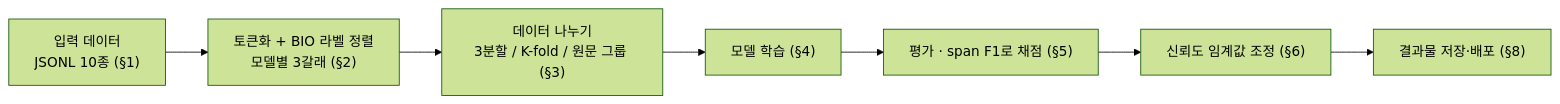
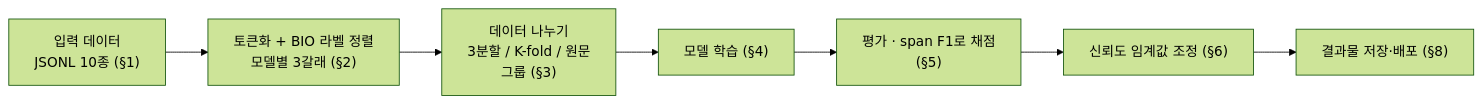
One commit to groovallstar/ner-pipeline-public changed the first of 2 diagrams in docs/manual/pipeline/4-classification.md. Above: the diagram before and after it, drawn with Mermaid (forest theme). The commit also changed other lines of this file and 7 other files, not shown here.

First line of the commit message:
docs: mermaid CJK 세로 잘림 해소 — 긴 라벨 줄바꿈

````diff
--- a/docs/manual/pipeline/4-classification.md
+++ b/docs/manual/pipeline/4-classification.md
@@ -23,9 +23,9 @@
 ```mermaid
 flowchart LR
     IN["입력 데이터<br/>JSONL 10종 (§1)"] --> TOK["토큰화 + BIO 라벨 정렬<br/>모델별 3갈래 (§2)"]
-    TOK --> SPLIT["데이터 나누기<br/>3분할 / K-fold / 원문 그룹 (§3)"]
+    TOK --> SPLIT["데이터 나누기<br/>3분할 / K-fold / 원문<br/>그룹 (§3)"]
     SPLIT --> TRAIN["모델 학습 (§4)"]
-    TRAIN --> EVAL["평가 · span F1로 채점 (§5)"]
+    TRAIN --> EVAL["평가 · span F1로 채점<br/>(§5)"]
     EVAL --> THR["신뢰도 임계값 조정 (§6)"]
     THR --> OUT["결과물 저장·배포 (§8)"]
 ```
````
